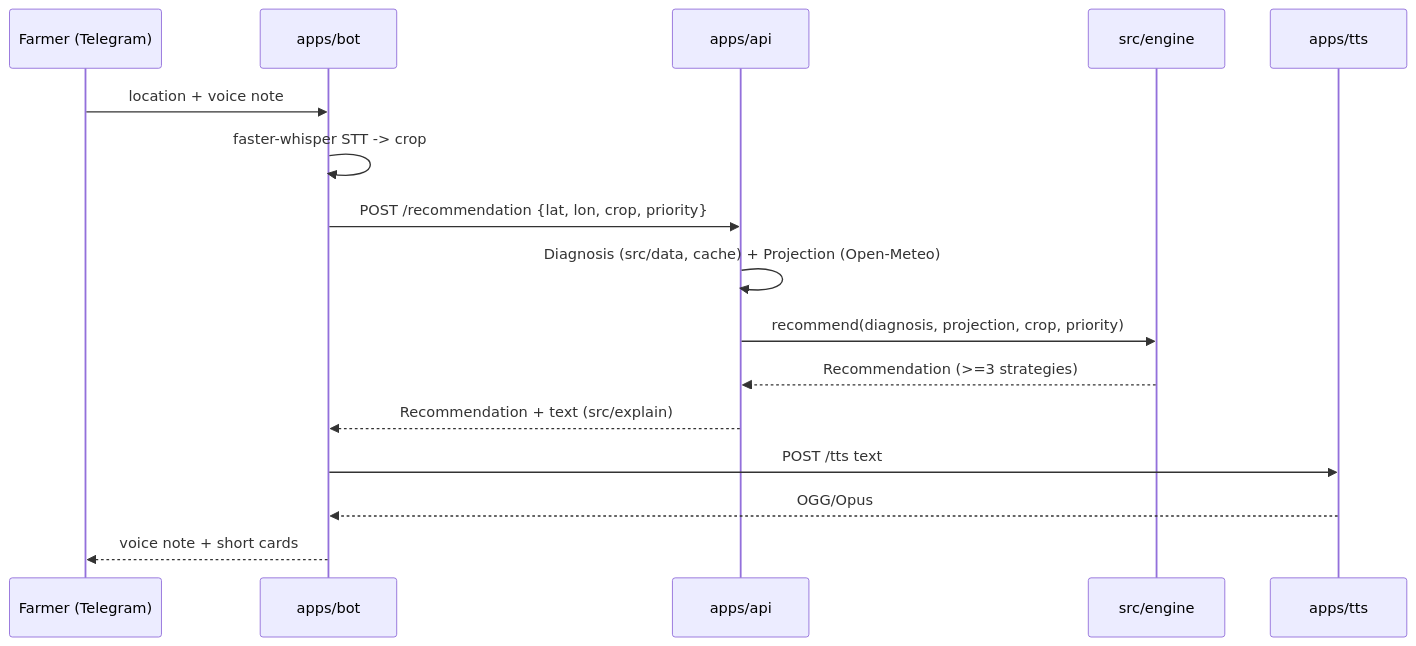
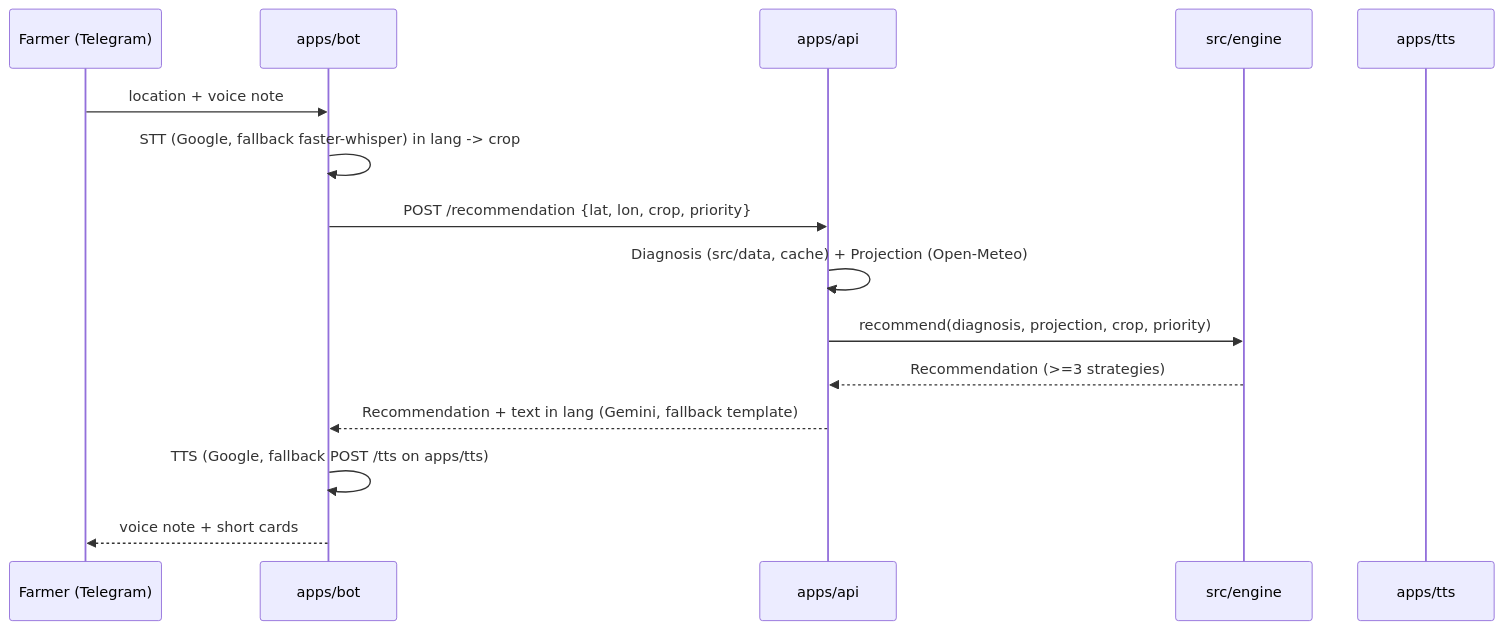
Before and after one commit to raviproenca/nether-field-shift-2026: the second of 3 diagrams in _bmad-output/planning-artifacts/architecture/architecture-nether-field-shift-2026-2026-11-14/ARCHITECTURE-SPINE.md, drawn with Mermaid. The commit also changed other lines of this file and 3 other files, not shown here.

First line of the commit message:
docs(planning): update PRD, architecture and epics for Google Cloud, languages and v1 crops

````diff
--- a/_bmad-output/planning-artifacts/architecture/architecture-nether-field-shift-2026-2026-11-14/ARCHITECTURE-SPINE.md
+++ b/_bmad-output/planning-artifacts/architecture/architecture-nether-field-shift-2026-2026-11-14/ARCHITECTURE-SPINE.md
@@ -107,18 +139,17 @@
 ```mermaid
 sequenceDiagram
   participant F as Farmer (Telegram)
   participant B as apps/bot
   participant A as apps/api
   participant E as src/engine
   participant T as apps/tts
   F->>B: location + voice note
-  B->>B: faster-whisper STT -> crop
+  B->>B: STT (Google, fallback faster-whisper) in lang -> crop
   B->>A: POST /recommendation {lat, lon, crop, priority}
   A->>A: Diagnosis (src/data, cache) + Projection (Open-Meteo)
   A->>E: recommend(diagnosis, projection, crop, priority)
   E-->>A: Recommendation (>=3 strategies)
-  A-->>B: Recommendation + text (src/explain)
-  B->>T: POST /tts text
-  T-->>B: OGG/Opus
+  A-->>B: Recommendation + text in lang (Gemini, fallback template)
+  B->>B: TTS (Google, fallback POST /tts on apps/tts)
   B-->>F: voice note + short cards
 ```
````
